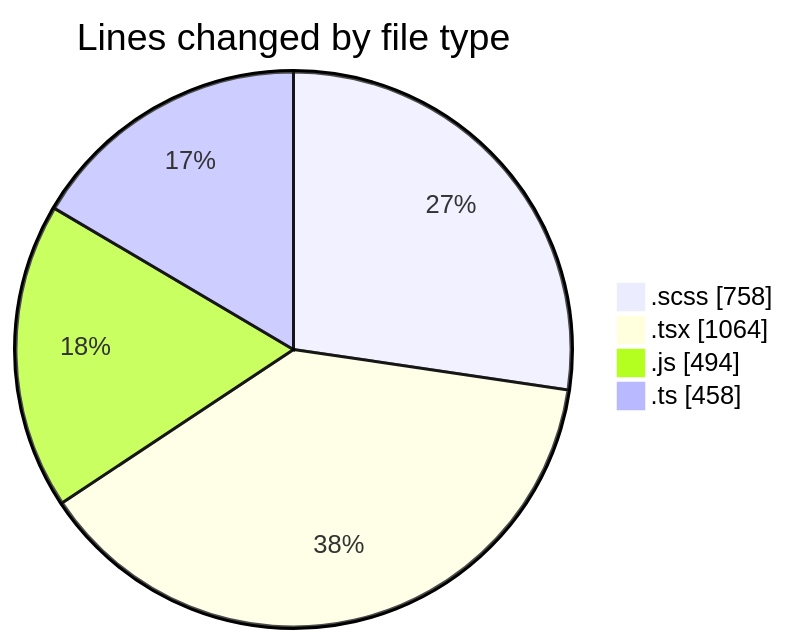
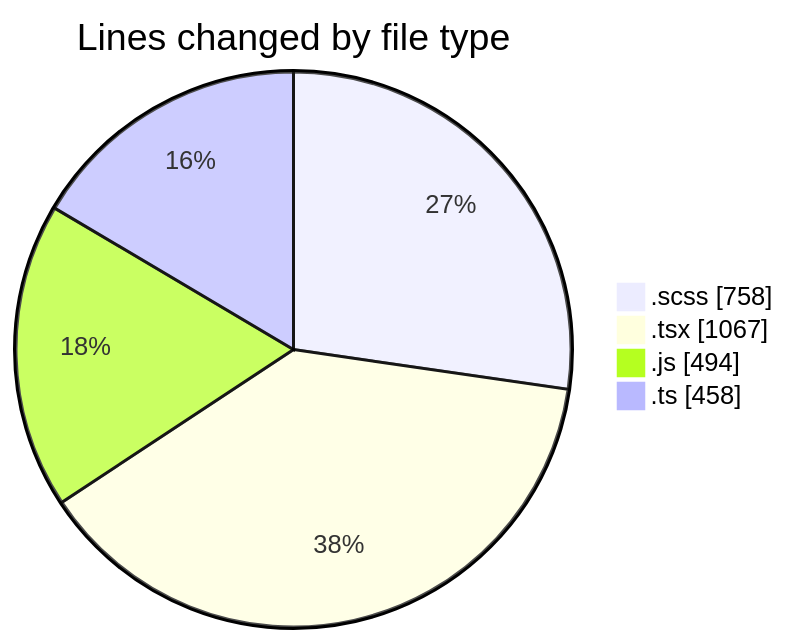
Before and after one commit to momahboobian/code-tracking: the first of 2 diagrams in 2025-03-14/cda/README.md, drawn with Mermaid. The commit also changed other lines of this file and 1 other file, not shown here.

````diff
--- a/2025-03-14/cda/README.md
+++ b/2025-03-14/cda/README.md
@@ -34,8 +34,8 @@
 ```mermaid
 pie showData
 title Lines changed by file type
 ".scss" : 758
-".tsx" : 1064
+".tsx" : 1067
 ".js" : 494
 ".ts" : 458
 ```
````
